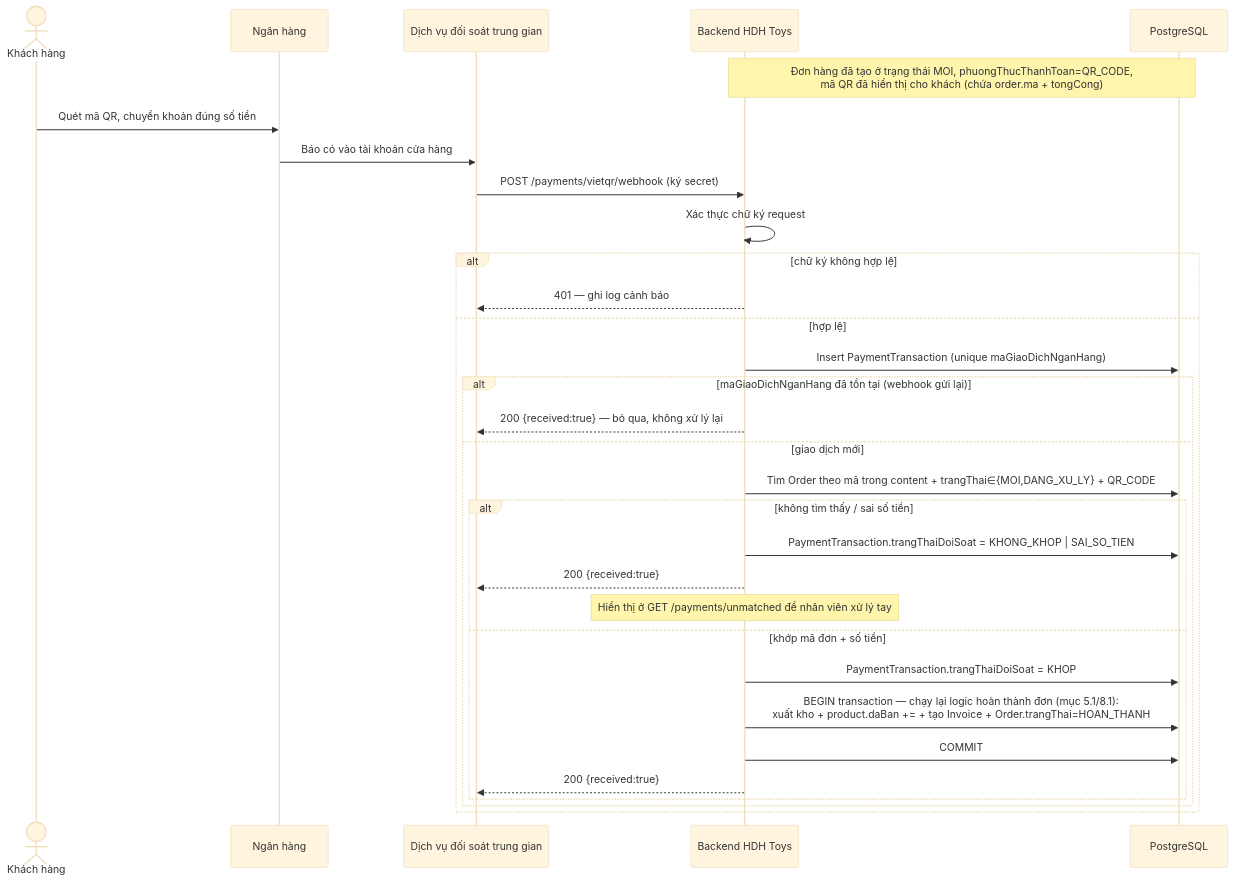
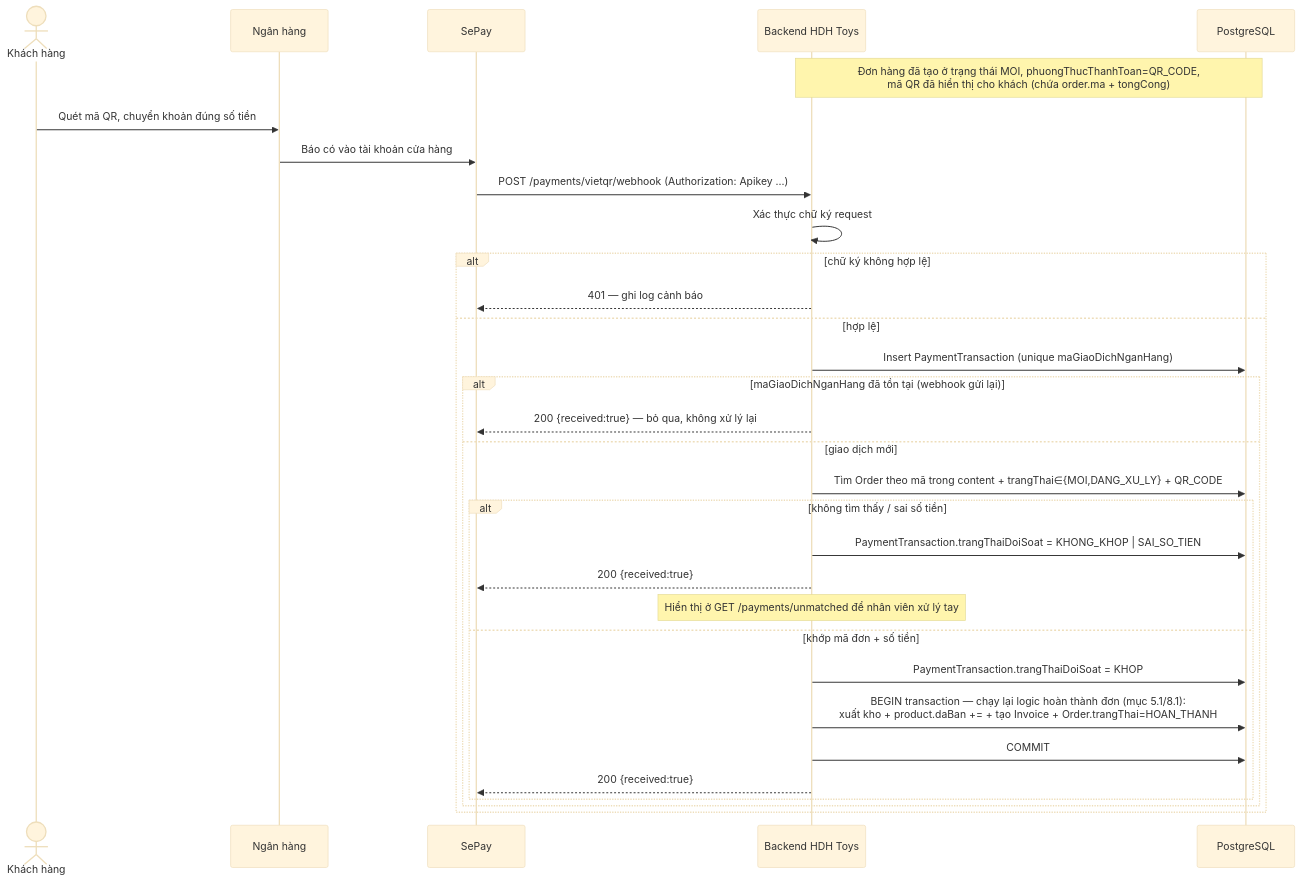
The seventh of 8 diagrams in SDS.md (HuyLemm/HDHToys), drawn with Mermaid (base theme) before and after one commit. The commit also changed other lines of this file and 2 other files, not shown here.

````diff
--- a/SDS.md
+++ b/SDS.md
@@ -853,35 +933,35 @@
 ```mermaid
 sequenceDiagram
     actor KH as Khách hàng
     participant NH as Ngân hàng
-    participant Recon as Dịch vụ đối soát trung gian
+    participant Recon as SePay
     participant API as Backend HDH Toys
     participant DB as PostgreSQL
 
     Note over API,DB: Đơn hàng đã tạo ở trạng thái MOI, phuongThucThanhToan=QR_CODE,<br/>mã QR đã hiển thị cho khách (chứa order.ma + tongCong)
 
     KH->>NH: Quét mã QR, chuyển khoản đúng số tiền
     NH->>Recon: Báo có vào tài khoản cửa hàng
-    Recon->>API: POST /payments/vietqr/webhook (ký secret)
+    Recon->>API: POST /payments/vietqr/webhook (Authorization: Apikey ...)
     API->>API: Xác thực chữ ký request
     alt chữ ký không hợp lệ
         API-->>Recon: 401 — ghi log cảnh báo
     else hợp lệ
         API->>DB: Insert PaymentTransaction (unique maGiaoDichNganHang)
         alt maGiaoDichNganHang đã tồn tại (webhook gửi lại)
             API-->>Recon: 200 {received:true} — bỏ qua, không xử lý lại
         else giao dịch mới
             API->>DB: Tìm Order theo mã trong content + trangThai∈{MOI,DANG_XU_LY} + QR_CODE
             alt không tìm thấy / sai số tiền
                 API->>DB: PaymentTransaction.trangThaiDoiSoat = KHONG_KHOP | SAI_SO_TIEN
                 API-->>Recon: 200 {received:true}
                 Note over API: Hiển thị ở GET /payments/unmatched để nhân viên xử lý tay
             else khớp mã đơn + số tiền
                 API->>DB: PaymentTransaction.trangThaiDoiSoat = KHOP
                 API->>DB: BEGIN transaction — chạy lại logic hoàn thành đơn (mục 5.1/8.1):<br/>xuất kho + product.daBan += + tạo Invoice + Order.trangThai=HOAN_THANH
                 API->>DB: COMMIT
                 API-->>Recon: 200 {received:true}
             end
         end
     end
 ```
````
